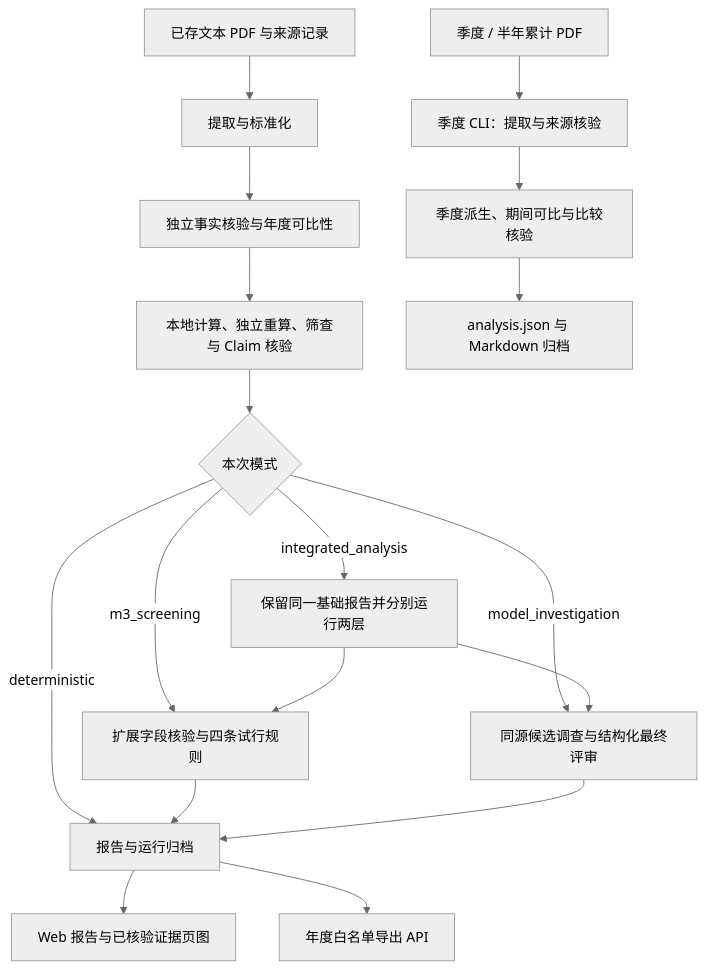
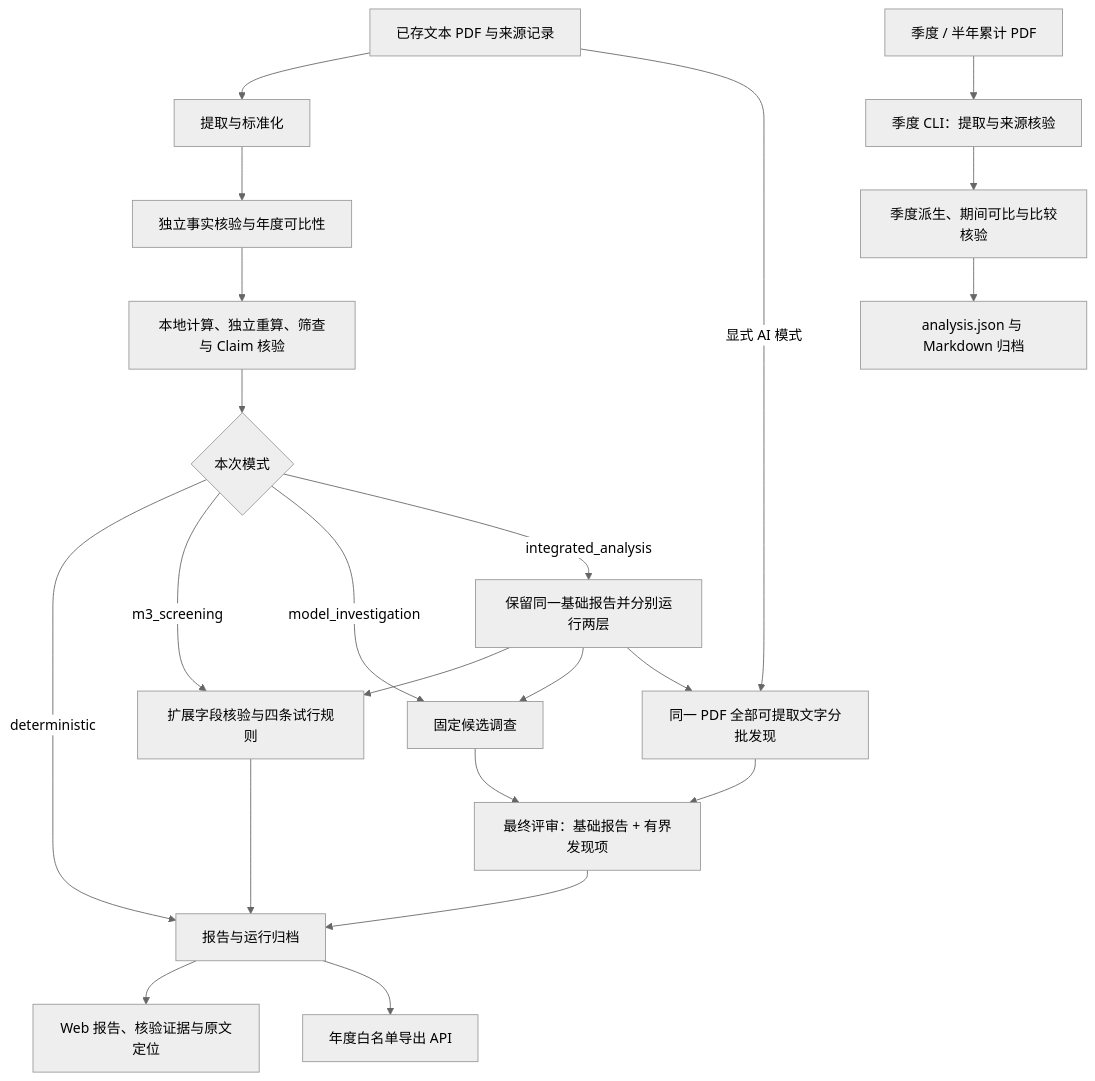
One commit to Waterfak3r/financial-ai-competition changed the diagram in docs/architecture.md. Above: the diagram before and after it, drawn with Mermaid (neutral theme). The commit also changed other lines of this file and 18 other files, not shown here.

````diff
--- a/docs/architecture.md
+++ b/docs/architecture.md
@@ -9,20 +9,24 @@
 ```mermaid
 flowchart TD
     A["已存文本 PDF 与来源记录"] --> B["提取与标准化"]
     B --> C["独立事实核验与年度可比性"]
     C --> D["本地计算、独立重算、筛查与 Claim 核验"]
     D --> E{"本次模式"}
     E -->|deterministic| H["报告与运行归档"]
     E -->|m3_screening| F["扩展字段核验与四条试行规则"]
     F --> H
-    E -->|model_investigation| G["同源候选调查与结构化最终评审"]
-    G --> H
+    E -->|model_investigation| G["固定候选调查"]
+    A -->|显式 AI 模式| N["同一 PDF 全部可提取文字分批发现"]
+    G --> I["最终评审：基础报告 + 有界发现项"]
+    N --> I
+    I --> H
     E -->|integrated_analysis| J["保留同一基础报告并分别运行两层"]
     J --> F
     J --> G
-    H --> I["Web 报告与已核验证据页图"]
+    J --> N
+    H --> K["Web 报告、核验证据与原文定位"]
     H --> X["年度白名单导出 API"]
     Q0["季度 / 半年累计 PDF"] --> Q1["季度 CLI：提取与来源核验"]
     Q1 --> Q2["季度派生、期间可比与比较核验"]
     Q2 --> Q3["analysis.json 与 Markdown 归档"]
 ```
````
